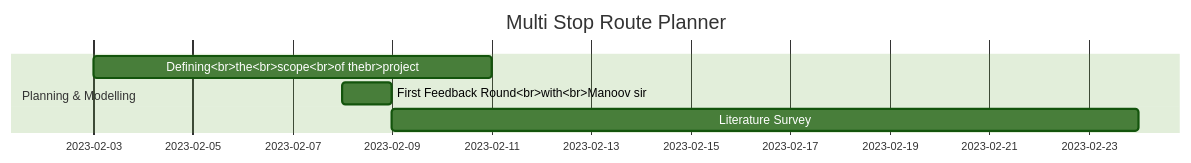
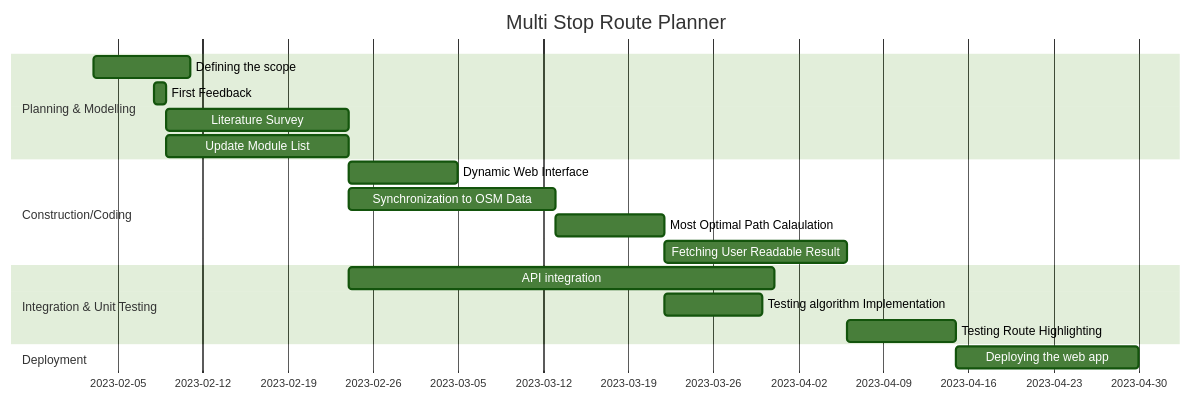
One commit to bholebaba0135/Destiny-Defined_TARP changed the second of 7 diagrams in README.md. Above: the diagram before and after it, drawn with Mermaid (forest theme).

Commit message:
Final gantt chart upload

````diff
--- a/README.md
+++ b/README.md
@@ -41,11 +41,23 @@
 ```mermaid
 gantt
 
 title Multi Stop Route Planner
 dateFormat DD-MM-YYYY
 section Planning & Modelling
-Defining<br>the<br>scope<br>of thebr>project :a1, 03-02-2023, 8d
-First Feedback Round<br>with<br>Manoov sir :a2, 08-02-2023, 1d
+Defining the scope :a1, 03-02-2023, 8d
+First Feedback :a2, 08-02-2023, 1d
 Literature Survey :after a2, 15d
+Update Module List :09-02-2023, 15d
+section Construction/Coding
+Dynamic Web Interface :24-02-2023, 9d
+Synchronization to OSM Data :a3, 24-02-2023, 17d
+Most Optimal Path Calaulation :a4, after a3, 9d
+Fetching User Readable Result: a6, after a4, 15d
+section Integration & Unit Testing
+API integration: a5, 24-02-2023, 35d
+Testing algorithm Implementation: after a4, 8d
+Testing Route Highlighting: a7, after a6, 9d
+section Deployment
+Deploying the web app: after a7, 15d
 
 ```
````
